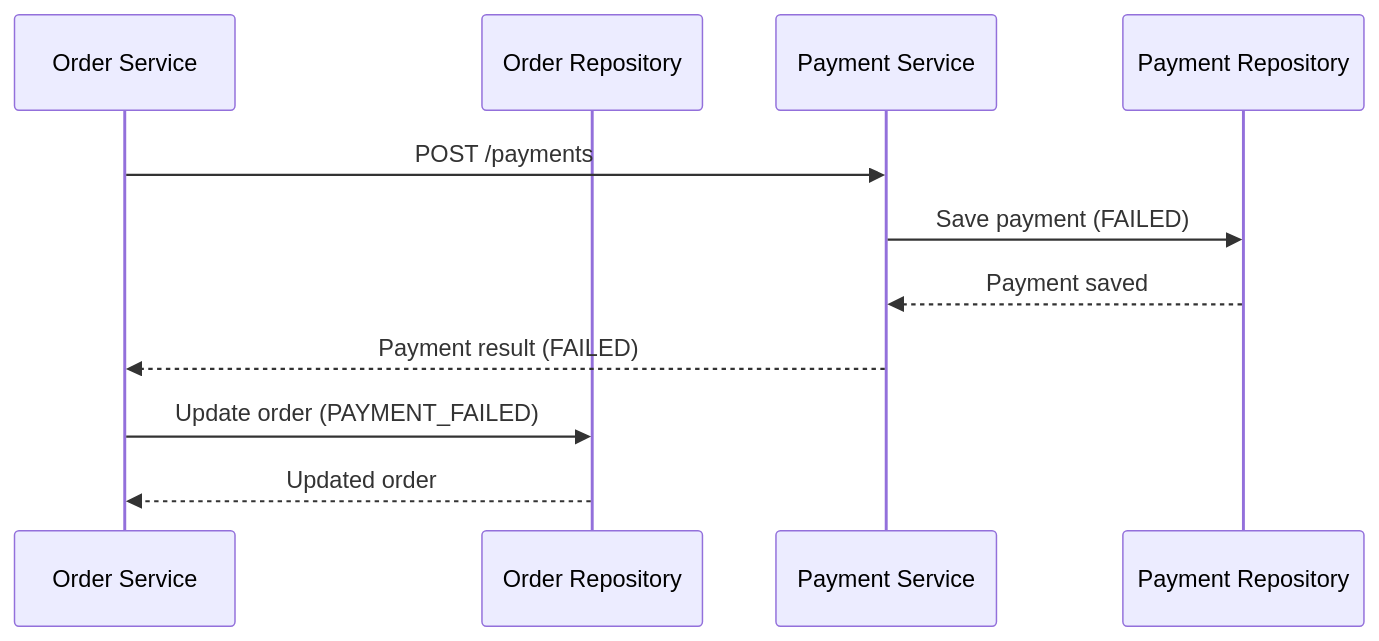
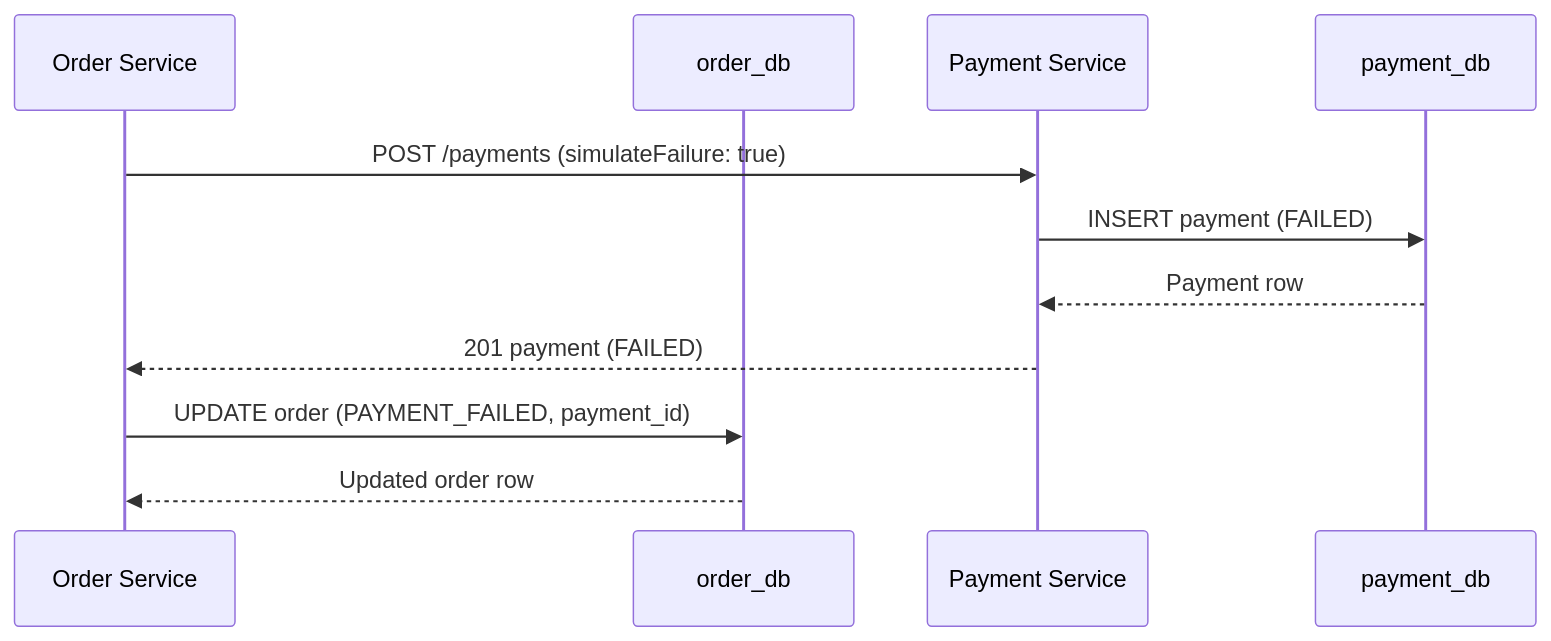
Before and after one commit to aliaagamall/pulsetrace: the third of 6 diagrams in docs/architecture/request-flow.md, drawn with Mermaid. The commit also changed other lines of this file and 10 other files, not shown here.

````diff
--- a/docs/architecture/request-flow.md
+++ b/docs/architecture/request-flow.md
@@ -63,14 +78,14 @@
 ```mermaid
 sequenceDiagram
     participant O as Order Service
-    participant OR as Order Repository
+    participant ODB as order_db
     participant P as Payment Service
-    participant PR as Payment Repository
+    participant PDB as payment_db
 
-    O->>P: POST /payments
-    P->>PR: Save payment (FAILED)
-    PR-->>P: Payment saved
-    P-->>O: Payment result (FAILED)
-    O->>OR: Update order (PAYMENT_FAILED)
-    OR-->>O: Updated order
+    O->>P: POST /payments (simulateFailure: true)
+    P->>PDB: INSERT payment (FAILED)
+    PDB-->>P: Payment row
+    P-->>O: 201 payment (FAILED)
+    O->>ODB: UPDATE order (PAYMENT_FAILED, payment_id)
+    ODB-->>O: Updated order row
 ```
````
